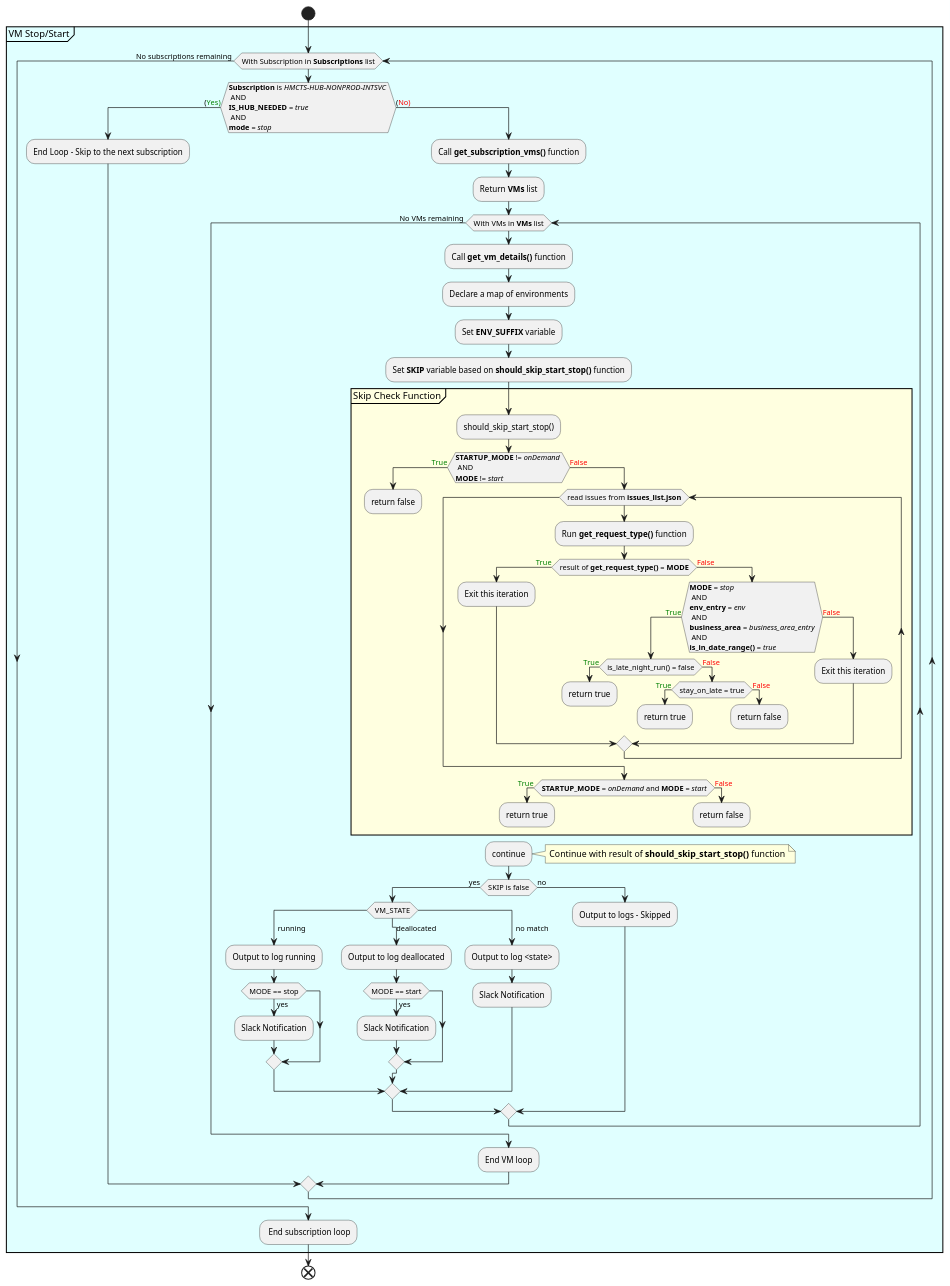
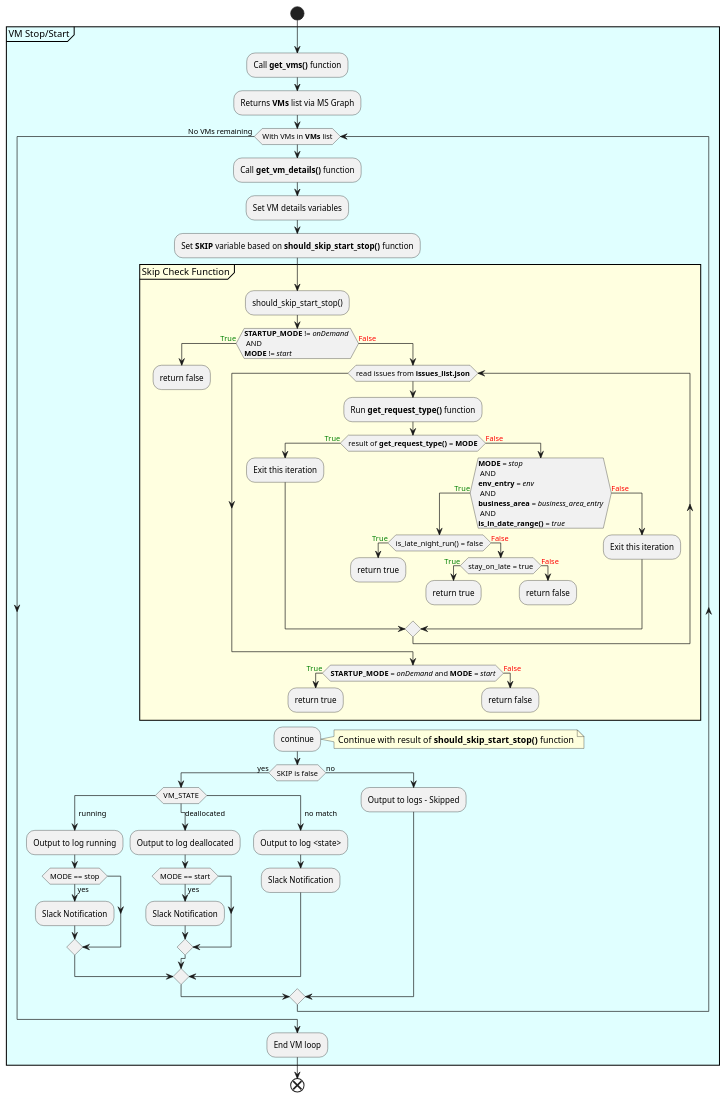
Before and after one commit to hmcts/auto-shutdown: the diagram in diagrams/vmStatus.puml, drawn with PlantUML. The commit also changed 3 other files, not shown here.

Commit message:
updating diagrams

```diff
--- a/diagrams/vmStatus.puml
+++ b/diagrams/vmStatus.puml
@@ -1,81 +1,73 @@
 @startuml vmStopStart
 start
 partition #LightCyan VM Stop/Start {
-while (With Subscription in **Subscriptions** list)
-    if (**Subscription** is //HMCTS-HUB-NONPROD-INTSVC// \n AND \n**IS_HUB_NEEDED** = //true// \n AND \n**mode** = //stop// ) then ((<color:green>Yes))
-        :End Loop - Skip to the next subscription;
-    else ((<color:red>No))
-        :Call **get_subscription_vms()** function;
-        :Return **VMs** list;
+        :Call **get_vms()** function;
+        :Returns **VMs** list via MS Graph;
         while (With VMs in **VMs** list)
             :Call **get_vm_details()** function;
-            :Declare a map of environments;
-            :Set **ENV_SUFFIX** variable;
+            :Set VM details variables;
             :Set **SKIP** variable based on **should_skip_start_stop()** function;
                 partition #LightYellow Skip Check Function {
                     :should_skip_start_stop();
                     if (**STARTUP_MODE** != //onDemand// \n AND \n**MODE** != //start//) then (<color:green>True)
                         :return false;
                         detach
                     else  (<color:red>False)
                         while (read issues from **issues_list.json**)
                             :Run **get_request_type()** function;
                             if (result of **get_request_type()** = **MODE**) then (<color:green>True)
                                 :Exit this iteration;
                             else (<color:red>False)
                                 if (**MODE** = //stop//\n AND \n**env_entry** = //env//\n AND \n**business_area** = //business_area_entry//\n AND \n**is_in_date_range()** = //true//) then (<color:green>True)
                                     if (is_late_night_run() = false) then (<color:green>True)
                                         :return true;
                                         detach
                                     else  (<color:red>False)
                                         if (stay_on_late = true) then (<color:green>True)
                                             :return true;
                                             detach
                                         else  (<color:red>False)
                                             :return false;
                                             detach
                                         endif
                                     endif
                                 else (<color:red>False)
                                     :Exit this iteration;
                                 endif
                             endif
                         endwhile
                         if (**STARTUP_MODE** = //onDemand// and **MODE** = //start//) then (<color:green>True)
                             :return true;
                             detach
                         else  (<color:red>False)
                             :return false;
                             detach
                         endif
                     endif
                 }
             :continue;
             note right: Continue with result of **should_skip_start_stop()** function
             if (SKIP is false) then (yes)
                 switch (VM_STATE)
                 case (  running  )
                     :Output to log running;
                     if (MODE == stop) then (yes)
                         :Slack Notification;
                     endif
                 case (  deallocated  )
                     :Output to log deallocated;
                     if (MODE == start) then (yes)
                         :Slack Notification;
                     endif
                 case (  no match  )
                     :Output to log <state>;
                     :Slack Notification;
                 endswitch
             else (no)
                 :Output to logs - Skipped;
             endif
         endwhile ( No VMs remaining )
         :End VM loop;
-    endif
-endwhile ( No subscriptions remaining )
-: End subscription loop;
 }
 end
 @enduml
```
